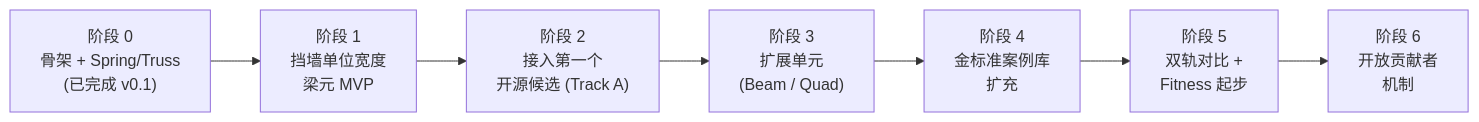
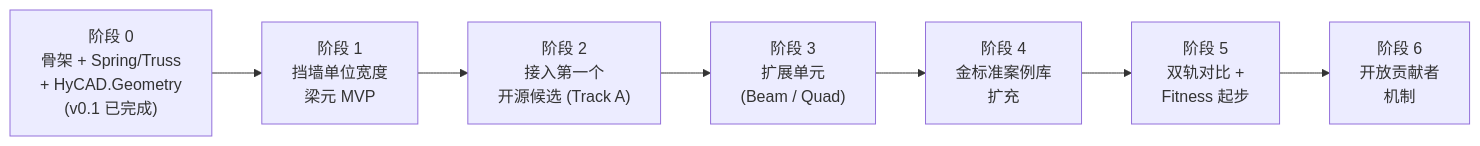
The second of 2 diagrams in docs/FiniteElement/Plan/00-HYFEA总体计划-高度抽象框架与多年路线-2026-05-17-150400.md (zhyyhz7785/hy-cad-tool), drawn with Mermaid before and after one commit. The commit also changed other lines of this file and 363 other files, not shown here.

````diff
--- a/docs/FiniteElement/Plan/00-HYFEA总体计划-高度抽象框架与多年路线-2026-05-17-150400.md
+++ b/docs/FiniteElement/Plan/00-HYFEA总体计划-高度抽象框架与多年路线-2026-05-17-150400.md
@@ -155,12 +155,12 @@
 ```mermaid
 graph LR
-    S0["阶段 0<br/>骨架 + Spring/Truss<br/>(已完成 v0.1)"]
+    S0["阶段 0<br/>骨架 + Spring/Truss<br/>+ HyCAD.Geometry<br/>(v0.1 已完成)"]
     S1["阶段 1<br/>挡墙单位宽度<br/>梁元 MVP"]
     S2["阶段 2<br/>接入第一个<br/>开源候选 (Track A)"]
     S3["阶段 3<br/>扩展单元<br/>(Beam / Quad)"]
     S4["阶段 4<br/>金标准案例库<br/>扩充"]
     S5["阶段 5<br/>双轨对比 +<br/>Fitness 起步"]
     S6["阶段 6<br/>开放贡献者<br/>机制"]
 
     S0 --> S1 --> S2 --> S3 --> S4 --> S5 --> S6
 ```
````
